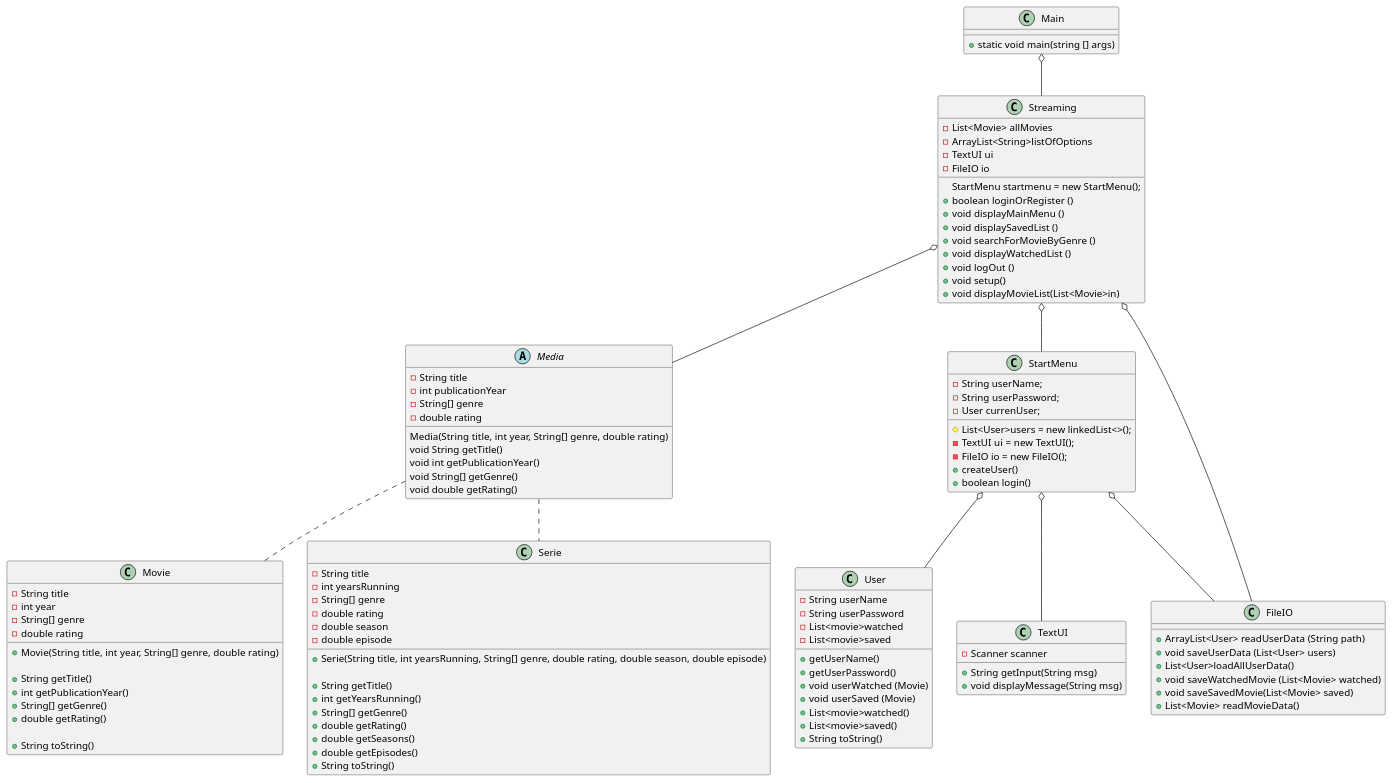
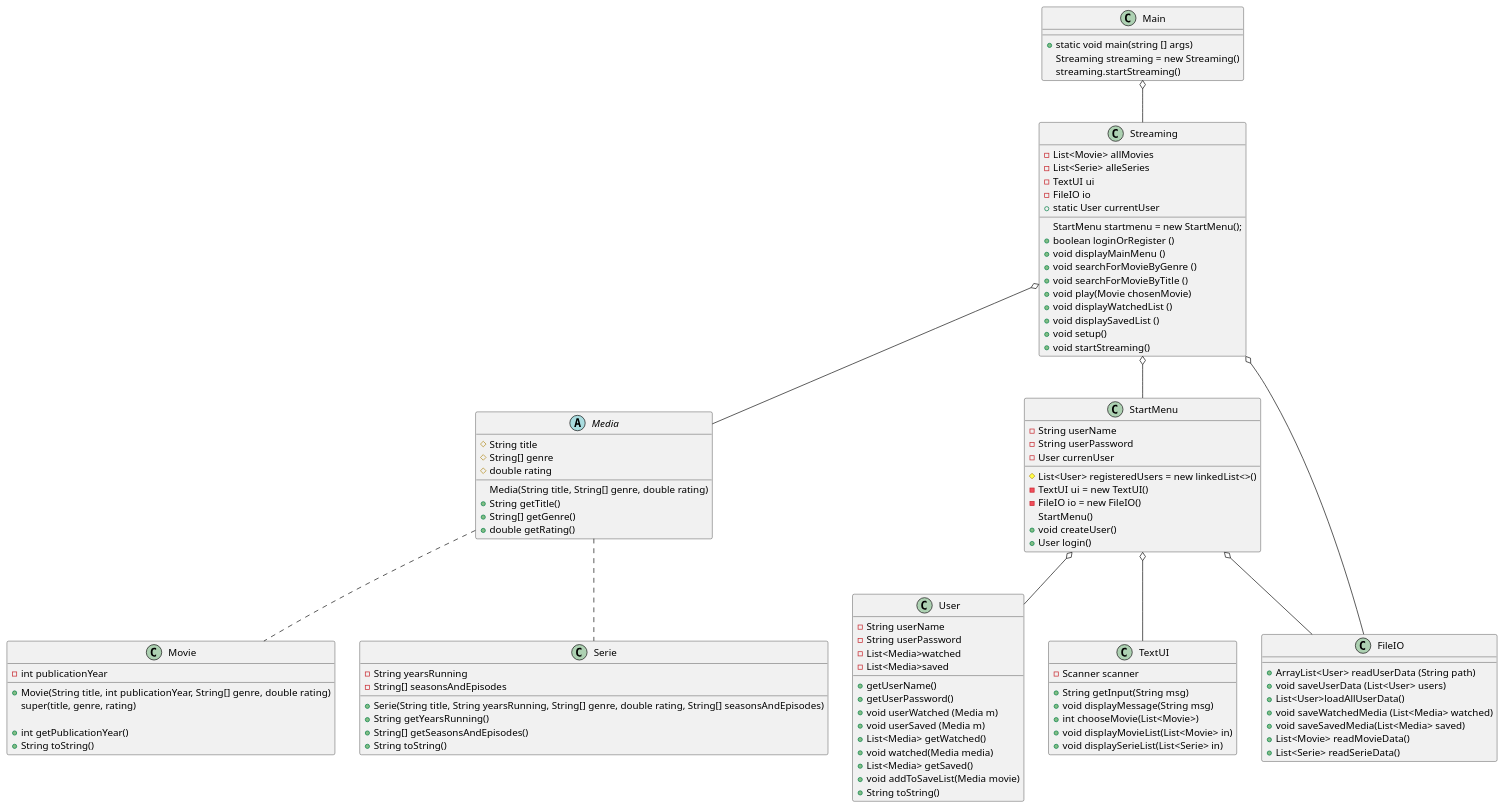
One commit to Madihakhan1/SP3 changed the diagram in .idea/Doc/ClassDiagram.puml. Above: the diagram before and after it, drawn with PlantUML. The commit also changed 3 other files, not shown here.

Commit message:
rettet klassediagrammet

```diff
--- a/.idea/Doc/ClassDiagram.puml
+++ b/.idea/Doc/ClassDiagram.puml
@@ -1,152 +1,121 @@
 @startuml
 'https://plantuml.com/object-diagram
 
 class Main{
-
 + static void main(string [] args)
-
-
+Streaming streaming = new Streaming()
+streaming.startStreaming()
 }
 
 class Streaming{
-
 - List<Movie> allMovies
-- ArrayList<String>listOfOptions
+- List<Serie> alleSeries
 - TextUI ui
 - FileIO io
 StartMenu startmenu = new StartMenu();
++ static User currentUser
 + boolean loginOrRegister ()
 + void displayMainMenu ()
++ void searchForMovieByGenre ()
++ void searchForMovieByTitle ()
++ void play(Movie chosenMovie)
++ void displayWatchedList ()
 + void displaySavedList ()
-+ void searchForMovieByGenre ()
-+ void displayWatchedList ()
-+ void logOut ()
 + void setup()
-+ void displayMovieList(List<Movie>in)
-
-
-
++ void startStreaming()
 }
 
 class User{
-
 - String userName
 - String userPassword
-- List<movie>watched
-- List<movie>saved
+- List<Media>watched
+- List<Media>saved
 
 +getUserName()
 +getUserPassword()
-+ void userWatched (Movie)
-+ void userSaved (Movie)
-+List<movie>watched()
-+List<movie>saved()
++ void userWatched (Media m)
++ void userSaved (Media m)
++ List<Media> getWatched()
++ void watched(Media media)
++ List<Media> getSaved()
++ void addToSaveList(Media movie)
 + String toString()
 
 }
 
 abstract Media{
-- String title
-- int publicationYear
-- String[] genre
-- double rating
+# String title
+# String[] genre
+# double rating
 
-Media(String title, int year, String[] genre, double rating)
-void String getTitle()
-void int getPublicationYear()
-void String[] getGenre()
-void double getRating()
-
-
-
-
+Media(String title, String[] genre, double rating)
++ String getTitle()
++ String[] getGenre()
++ double getRating()
 }
 
 class StartMenu{
-
-- String userName;
-- String userPassword;
-- User currenUser;
-# List<User>users = new linkedList<>();
-- TextUI ui = new TextUI();
-- FileIO io = new FileIO();
-+ createUser()
-+ boolean login()
-
+- String userName
+- String userPassword
+- User currenUser
+# List<User> registeredUsers = new linkedList<>()
+- TextUI ui = new TextUI()
+- FileIO io = new FileIO()
+StartMenu()
++ void createUser()
++ User login()
 }
 
-
-
-
 class FileIO{
-
-+ArrayList<User> readUserData (String path)
++ ArrayList<User> readUserData (String path)
 + void saveUserData (List<User> users)
 + List<User>loadAllUserData()
-+ void saveWatchedMovie (List<Movie> watched)
-+ void saveSavedMovie(List<Movie> saved)
++ void saveWatchedMedia (List<Media> watched)
++ void saveSavedMedia(List<Media> saved)
 + List<Movie> readMovieData()
++ List<Serie> readSerieData()
 }
 
 class TextUI{
-
 - Scanner scanner
 + String getInput(String msg)
 + void displayMessage(String msg)
-
-
++ int chooseMovie(List<Movie>)
++ void displayMovieList(List<Movie> in)
++ void displaySerieList(List<Serie> in)
 }
 
+class Movie {
+- int publicationYear
 
++ Movie(String title, int publicationYear, String[] genre, double rating)
+super(title, genre, rating)
 
-class Movie {
-- String title
-- int year
-- String[] genre
-- double rating
-
-+ Movie(String title, int year, String[] genre, double rating)
-
-+ String getTitle()
 + int getPublicationYear()
-+ String[] getGenre()
-+ double getRating()
-
 + String toString()
-
 }
 
 class Serie{
-- String title
-- int yearsRunning
-- String[] genre
-- double rating
-- double season
-- double episode
+- String yearsRunning
+- String[] seasonsAndEpisodes
 
-+ Serie(String title, int yearsRunning, String[] genre, double rating, double season, double episode)
-
-+ String getTitle()
-+ int getYearsRunning()
-+ String[] getGenre()
-+ double getRating()
-+ double getSeasons()
-+ double getEpisodes()
++ Serie(String title, String yearsRunning, String[] genre, double rating, String[] seasonsAndEpisodes)
++ String getYearsRunning()
++ String[] getSeasonsAndEpisodes()
 + String toString()
-
 }
 
 Main o-- Streaming
 
 Streaming o-- StartMenu
 Streaming o-- FileIO
 Streaming o-- Media
 
 Media .. Movie
 Media .. Serie
 
 StartMenu o-- User
 StartMenu o--FileIO
 StartMenu o-- TextUI
 
 @enduml
```
